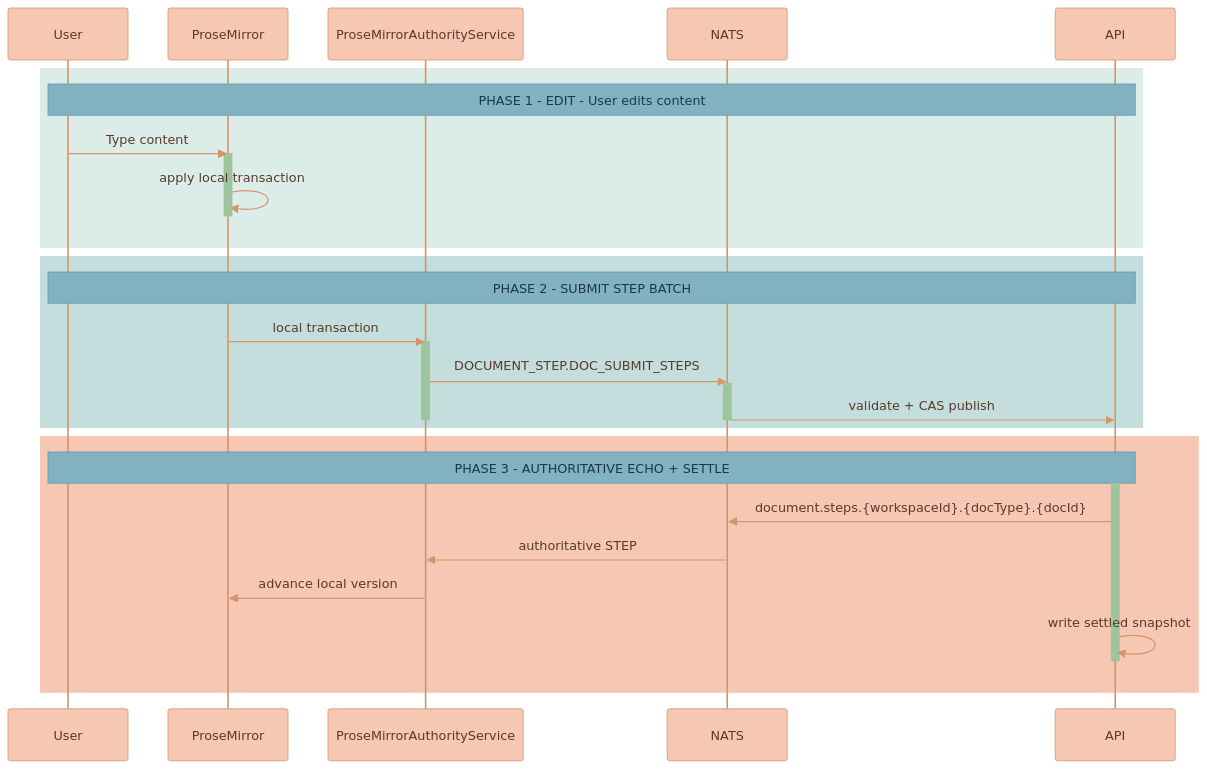
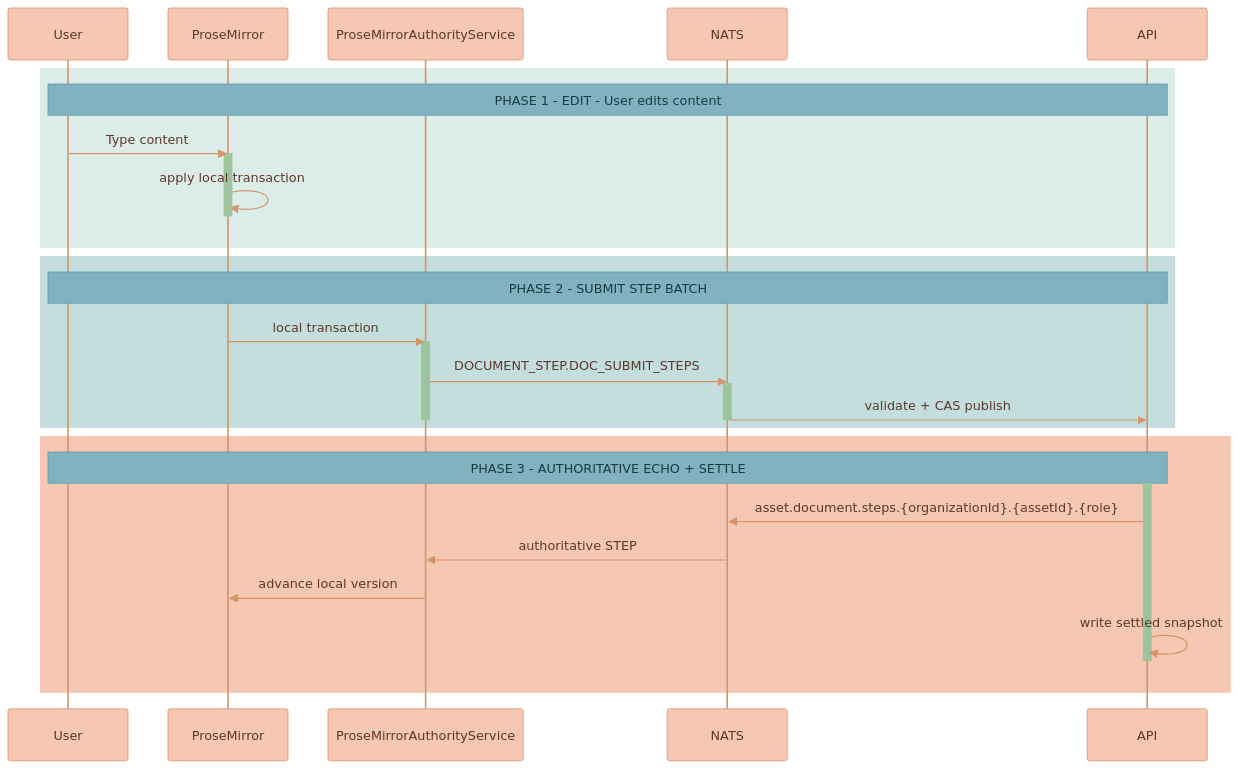
The fifth of 6 diagrams in documentation/canvas/USER-FLOWS.md (Lixpi/lixpi), drawn with Mermaid before and after one commit. The commit also changed other lines of this file and 225 other files, not shown here.

````diff
--- a/documentation/canvas/USER-FLOWS.md
+++ b/documentation/canvas/USER-FLOWS.md
@@ -254,46 +253,46 @@
 ```mermaid
 %%{init: {'theme': 'base', 'themeVariables': { 'noteBkgColor': '#82B2C0', 'noteTextColor': '#1a3a47', 'noteBorderColor': '#5a9aad', 'actorBkg': '#F6C7B3', 'actorBorder': '#d4956a', 'actorTextColor': '#5a3a2a', 'actorLineColor': '#d4956a', 'signalColor': '#d4956a', 'signalTextColor': '#5a3a2a', 'labelBoxBkgColor': '#F6C7B3', 'labelBoxBorderColor': '#d4956a', 'labelTextColor': '#5a3a2a', 'loopTextColor': '#5a3a2a', 'activationBorderColor': '#9DC49D', 'activationBkgColor': '#9DC49D', 'sequenceNumberColor': '#5a3a2a'}}}%%
 sequenceDiagram
     participant User
     participant ProseMirror
     participant Auth as ProseMirrorAuthorityService
     participant NATS
     participant API
     %% ═══════════════════════════════════════════════════════════════
     %% PHASE 1: EDIT
     %% ═══════════════════════════════════════════════════════════════
     rect rgb(220, 236, 233)
         Note over User, API: PHASE 1 - EDIT - User edits content
         User->>ProseMirror: Type content
         activate ProseMirror
         ProseMirror->>ProseMirror: apply local transaction
         deactivate ProseMirror
     end
 
     %% ═══════════════════════════════════════════════════════════════
     %% PHASE 2: PROPAGATE
     %% ═══════════════════════════════════════════════════════════════
     rect rgb(195, 222, 221)
         Note over User, API: PHASE 2 - SUBMIT STEP BATCH
         ProseMirror->>Auth: local transaction
         activate Auth
         Auth->>NATS: DOCUMENT_STEP.DOC_SUBMIT_STEPS
         activate NATS
         NATS->>API: validate + CAS publish
         deactivate NATS
         deactivate Auth
     end
 
     %% ═══════════════════════════════════════════════════════════════
     %% PHASE 3: AUTHORITATIVE ECHO + SETTLE
     %% ═══════════════════════════════════════════════════════════════
     rect rgb(246, 199, 179)
         Note over User, API: PHASE 3 - AUTHORITATIVE ECHO + SETTLE
         activate API
-        API->>NATS: document.steps.{workspaceId}.{docType}.{docId}
+        API->>NATS: asset.document.steps.{organizationId}.{assetId}.{role}
         NATS->>Auth: authoritative STEP
         Auth->>ProseMirror: advance local version
         API->>API: write settled snapshot
         deactivate API
     end
 ```
````
